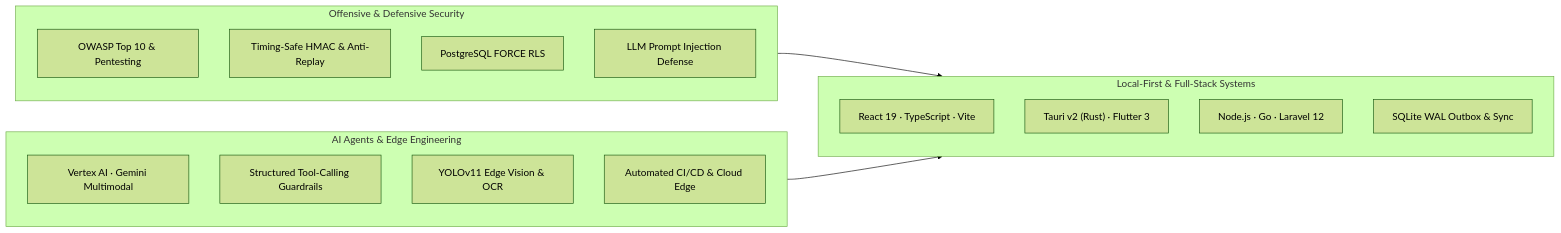
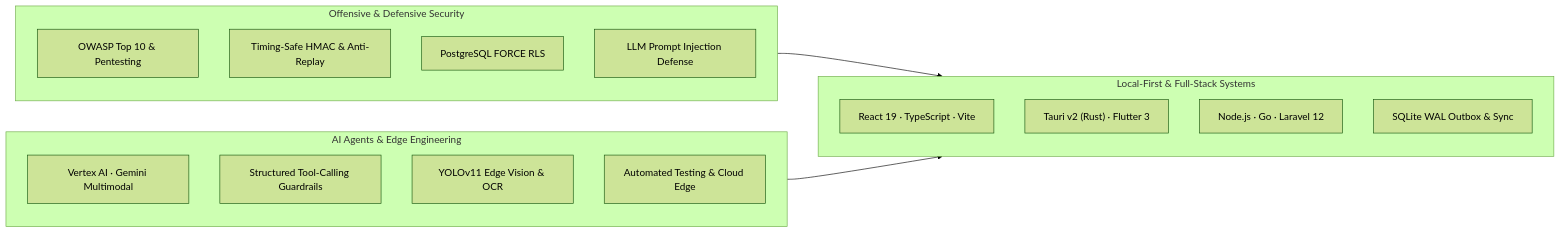
One commit to JARMID/JARMID changed the diagram in README.md. Above: the diagram before and after it, drawn with Mermaid (forest theme). The commit also changed other lines of this file, not shown here.

````diff
--- a/README.md
+++ b/README.md
@@ -13,26 +13,26 @@
 ```mermaid
 flowchart LR
     subgraph SEC["Offensive & Defensive Security"]
         A1["OWASP Top 10 & Pentesting"]
         A2["Timing-Safe HMAC & Anti-Replay"]
         A3["PostgreSQL FORCE RLS"]
         A4["LLM Prompt Injection Defense"]
     end
 
     subgraph SYS["Local-First & Full-Stack Systems"]
         B1["React 19 · TypeScript · Vite"]
         B2["Tauri v2 (Rust) · Flutter 3"]
         B3["Node.js · Go · Laravel 12"]
         B4["SQLite WAL Outbox & Sync"]
     end
 
     subgraph AI["AI Agents & Edge Engineering"]
         C1["Vertex AI · Gemini Multimodal"]
         C2["Structured Tool-Calling Guardrails"]
         C3["YOLOv11 Edge Vision & OCR"]
-        C4["Automated CI/CD & Cloud Edge"]
+        C4["Automated Testing & Cloud Edge"]
     end
 
     SEC --> SYS
     AI --> SYS
 ```
````
